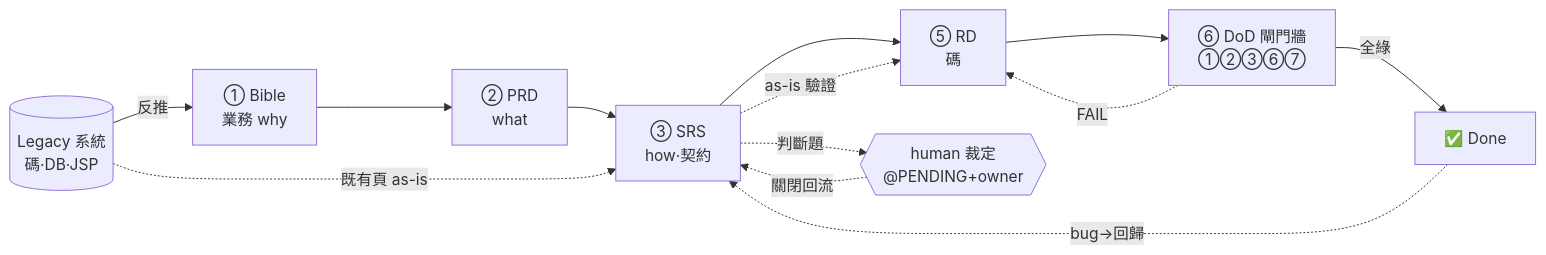
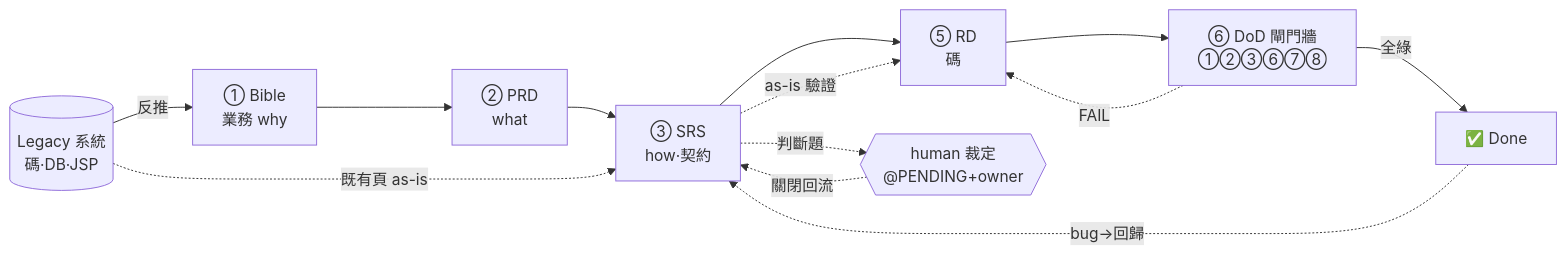
Before and after one commit to Gary-GaGa/legacy-codebase: the diagram in docs/ai-flow-guide.md, drawn with Mermaid. The commit also changed other lines of this file and 9 other files, not shown here.

````diff
--- a/docs/ai-flow-guide.md
+++ b/docs/ai-flow-guide.md
@@ -11,16 +11,16 @@
 ```mermaid
 flowchart LR
   Legacy[("Legacy 系統<br/>碼·DB·JSP")] -->|反推| Bible["① Bible<br/>業務 why"]
   Bible --> PRD["② PRD<br/>what"]
   PRD --> SRS["③ SRS<br/>how·契約"]
   Legacy -. 既有頁 as-is .-> SRS
   SRS --> RD["⑤ RD<br/>碼"]
   %% ④ QA（產生/驗收）暫拔除；流程收斂 SRS→RD→DoD
   SRS -. as-is 驗證 .-> RD
-  RD --> GATE["⑥ DoD 閘門牆<br/>①②③⑥⑦"]
+  RD --> GATE["⑥ DoD 閘門牆<br/>①②③⑥⑦⑧"]
   GATE -->|全綠| Done["✅ Done"]
   GATE -. FAIL .-> RD
   Done -. bug→回歸 .-> SRS
   SRS -. 判斷題 .-> Decide{{human 裁定<br/>@PENDING+owner}}
   Decide -. 關閉回流 .-> SRS
 ```
````
